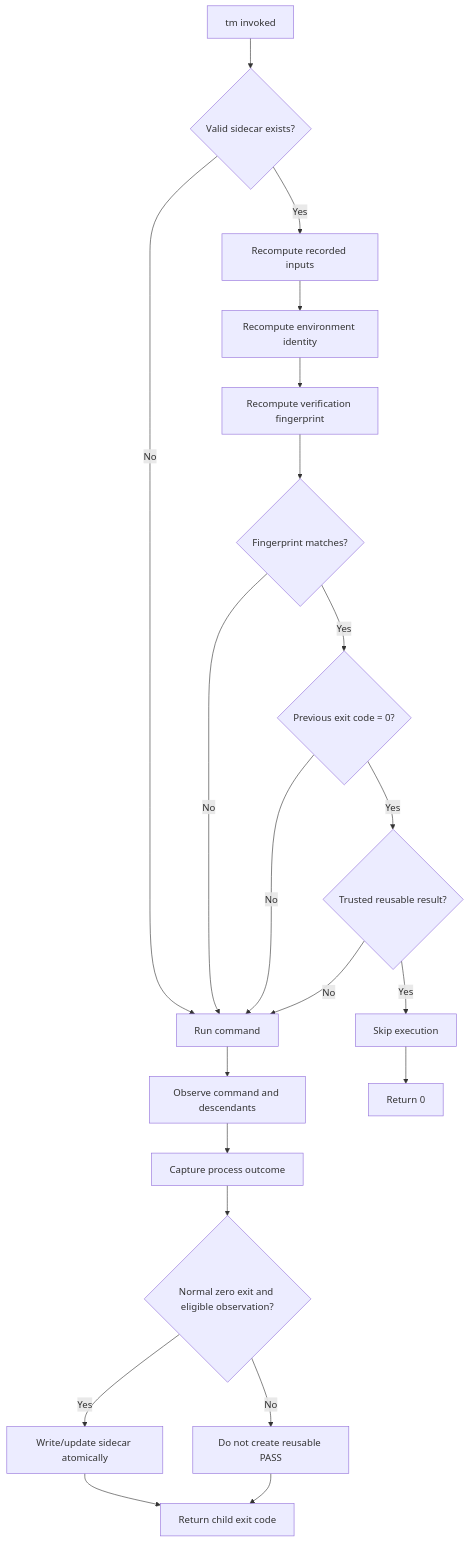
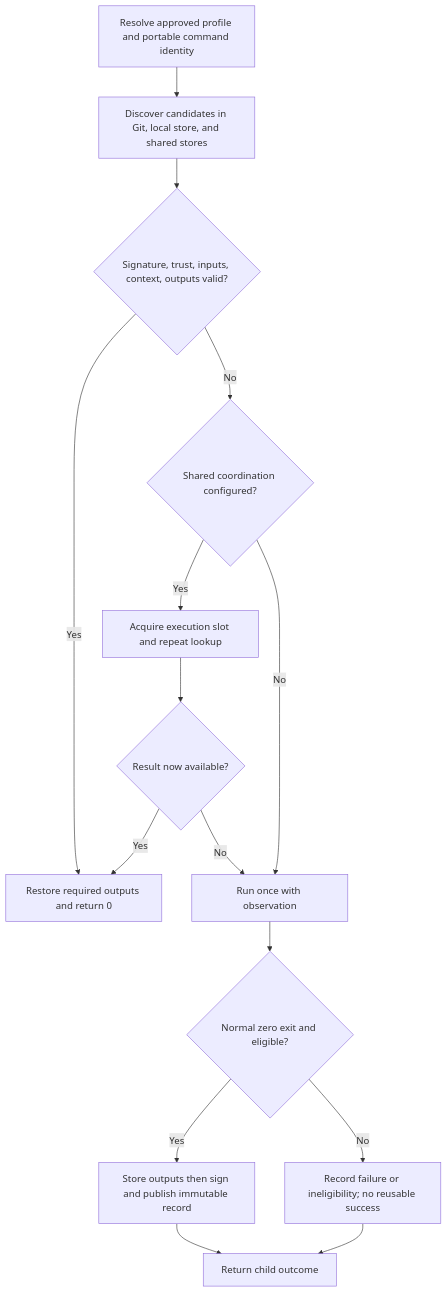
Before and after one commit to jedediahg/testmiser: the second of 8 diagrams in docs/spec/tm-test-memoization-technical-specification.md, drawn with Mermaid. The commit also changed other lines of this file and 1 other file, not shown here.

Commit message:
Specify portable test reuse across local and CI environments

````diff
--- a/docs/spec/tm-test-memoization-technical-specification.md
+++ b/docs/spec/tm-test-memoization-technical-specification.md
@@ -130,23 +138,17 @@
 ```mermaid
 flowchart TD
-    A[tm invoked] --> B{Valid sidecar exists?}
-    B -- No --> R[Run command]
-    B -- Yes --> C[Recompute recorded inputs]
-    C --> D[Recompute environment identity]
-    D --> E[Recompute verification fingerprint]
-    E --> F{Fingerprint matches?}
-    F -- No --> R
-    F -- Yes --> G{Previous exit code = 0?}
-    G -- No --> R
-    G -- Yes --> H{Trusted reusable result?}
-    H -- No --> R
-    H -- Yes --> S[Skip execution]
-    S --> X[Return 0]
-    R --> O[Observe command and descendants]
-    O --> P[Capture process outcome]
-    P --> Q{Normal zero exit and eligible observation?}
-    Q -- Yes --> W[Write/update sidecar atomically]
-    Q -- No --> N[Do not create reusable PASS]
-    W --> Y[Return child exit code]
-    N --> Y
+    A[Resolve approved profile and portable command identity] --> B[Discover candidates in Git, local store, and shared stores]
+    B --> C{Signature, trust, inputs, context, outputs valid?}
+    C -- Yes --> D[Restore required outputs and return 0]
+    C -- No --> E{Shared coordination configured?}
+    E -- Yes --> F[Acquire execution slot and repeat lookup]
+    F --> G{Result now available?}
+    G -- Yes --> D
+    G -- No --> H[Run once with observation]
+    E -- No --> H
+    H --> I{Normal zero exit and eligible?}
+    I -- Yes --> J[Store outputs then sign and publish immutable record]
+    I -- No --> K[Record failure or ineligibility; no reusable success]
+    J --> L[Return child outcome]
+    K --> L
 ```
````
